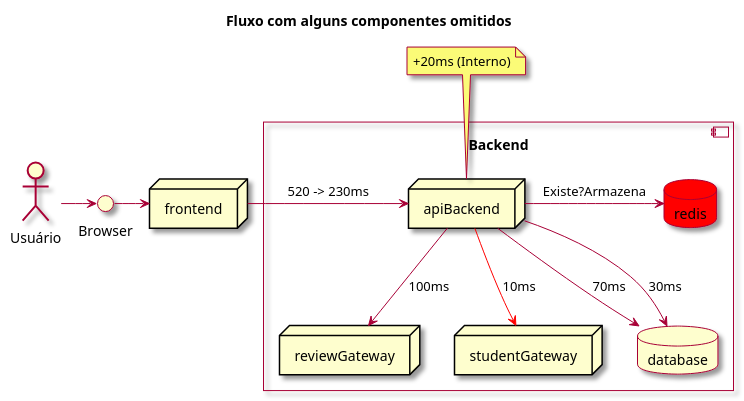
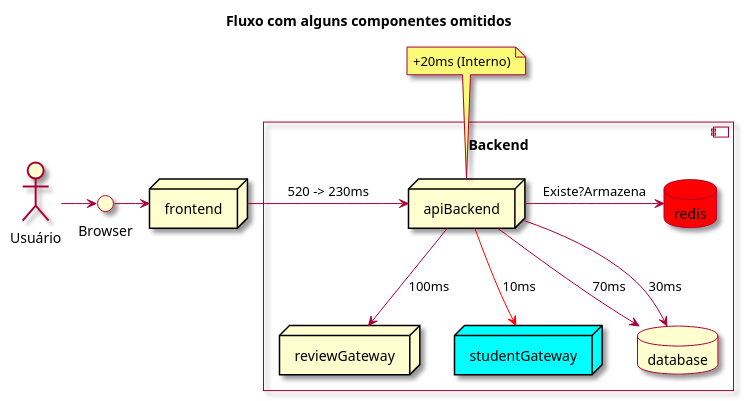
The diagram in docs/diagrams/request-sem-cdn-com-cache-parcial.plantuml (charlesardsilva/lecture-cache-content), drawn with PlantUML before and after one commit. The commit also changed 1 other file, not shown here.

Commit message:
Update diagram

```diff
--- a/docs/diagrams/request-sem-cdn-com-cache-parcial.plantuml
+++ b/docs/diagrams/request-sem-cdn-com-cache-parcial.plantuml
@@ -1,34 +1,34 @@
 @startuml
 
 skin rose
 
 Title: Fluxo com alguns componentes omitidos
 
 
 actor "Usuário" as actor
 interface "Browser" as browser
 node frontend
 
 actor -> browser
 browser -> frontend
 
 component "Backend\n" {
 
   node "apiBackend" as backend
   node reviewGateway as reviewGateway
-  node studentGateway as studentGateway
+  node studentGateway as studentGateway #aqua
   database database
   database redis as redis  #red
 
   backend -> redis: Existe?Armazena
   backend --> database: 70ms
   backend --> database: 30ms
   backend --> reviewGateway: 100ms
   backend --> studentGateway #red: 10ms
 
 }
 
 frontend -> backend: 520 -> 230ms
 note top of backend: +20ms (Interno)
 
 @enduml
```
